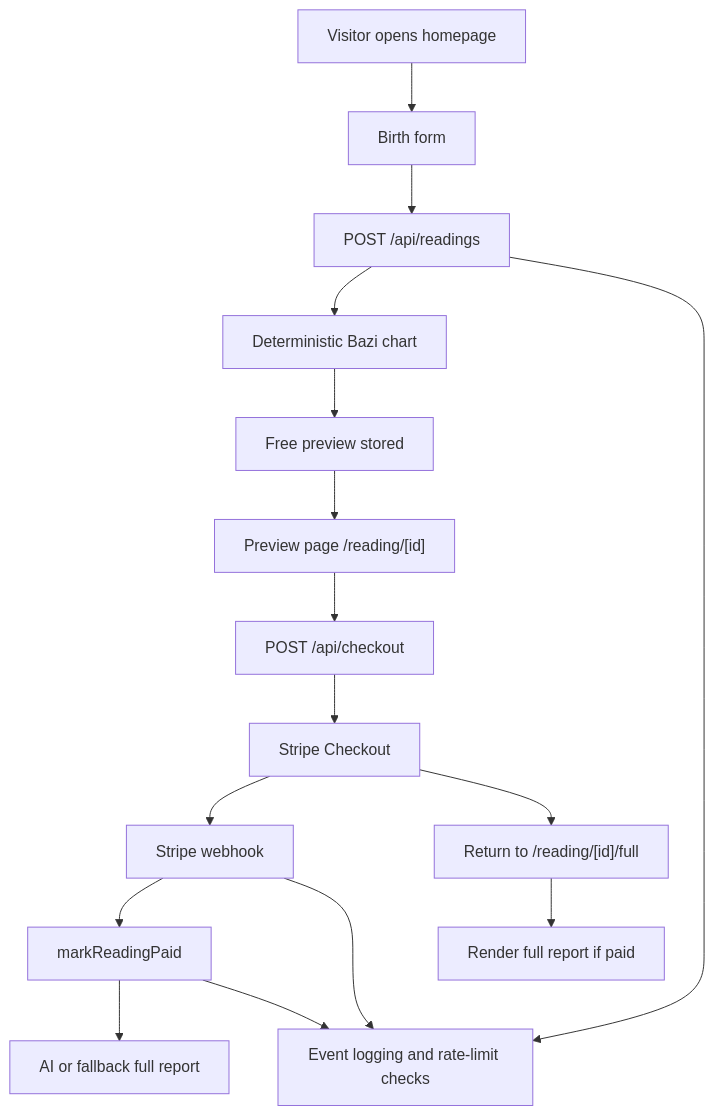
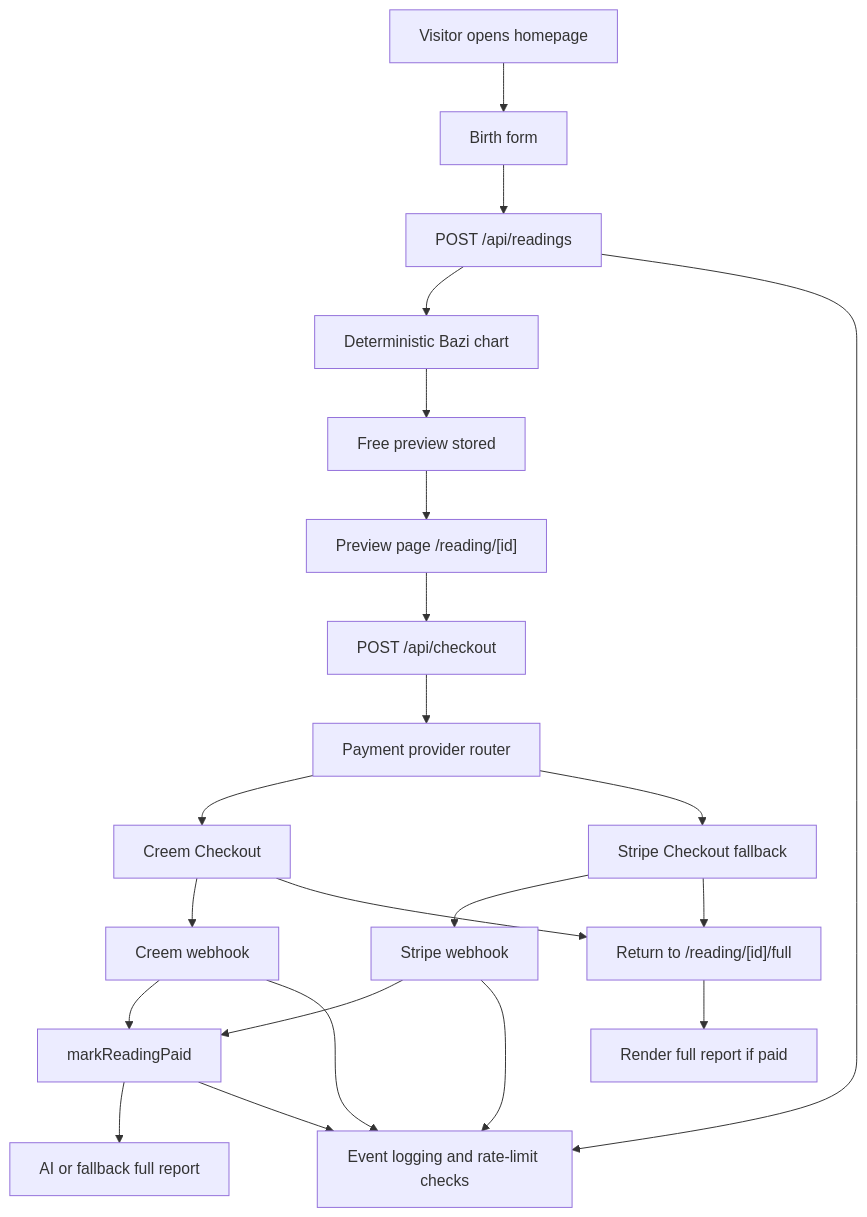
Before and after one commit to Mikanagitama/mingyi-bazi-mvp: the first of 3 diagrams in mvp-bazi-web/memory-bank/architecture.md, drawn with Mermaid. The commit also changed other lines of this file and 35 other files, not shown here.

Commit message:
feat: add Creem commercial payment provider

````diff
--- a/mvp-bazi-web/memory-bank/architecture.md
+++ b/mvp-bazi-web/memory-bank/architecture.md
@@ -9,18 +9,24 @@
 ```mermaid
 flowchart TD
   A["Visitor opens homepage"] --> B["Birth form"]
   B --> C["POST /api/readings"]
   C --> D["Deterministic Bazi chart"]
   D --> E["Free preview stored"]
   E --> F["Preview page /reading/[id]"]
   F --> G["POST /api/checkout"]
-  G --> H["Stripe Checkout"]
-  H --> I["Stripe webhook"]
-  I --> J["markReadingPaid"]
-  J --> K["AI or fallback full report"]
-  H --> L["Return to /reading/[id]/full"]
-  L --> M["Render full report if paid"]
-  C --> N["Event logging and rate-limit checks"]
-  I --> N
-  J --> N
+  G --> H["Payment provider router"]
+  H --> I["Creem Checkout"]
+  H --> J["Stripe Checkout fallback"]
+  I --> K["Creem webhook"]
+  J --> L["Stripe webhook"]
+  K --> M["markReadingPaid"]
+  L --> M
+  M --> N["AI or fallback full report"]
+  I --> O["Return to /reading/[id]/full"]
+  J --> O
+  O --> P["Render full report if paid"]
+  C --> Q["Event logging and rate-limit checks"]
+  K --> Q
+  L --> Q
+  M --> Q
 ```
````
